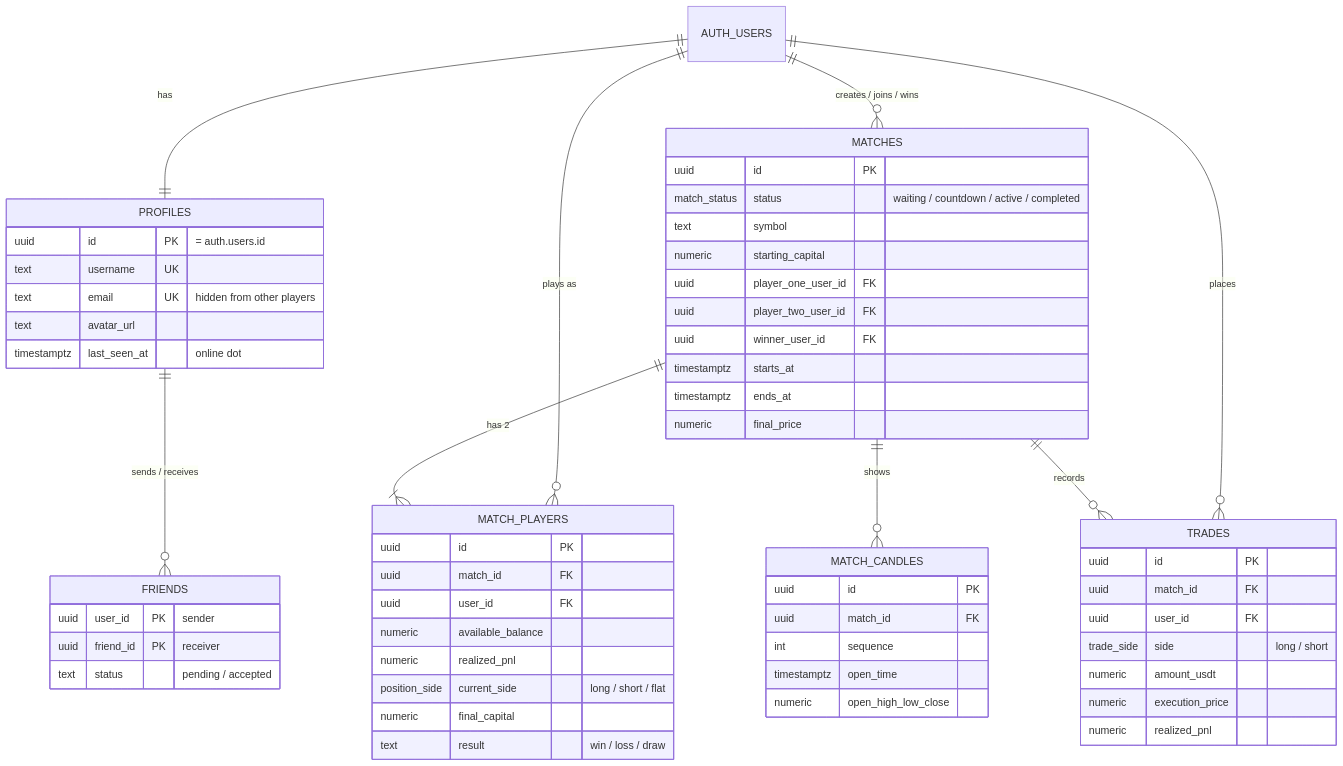
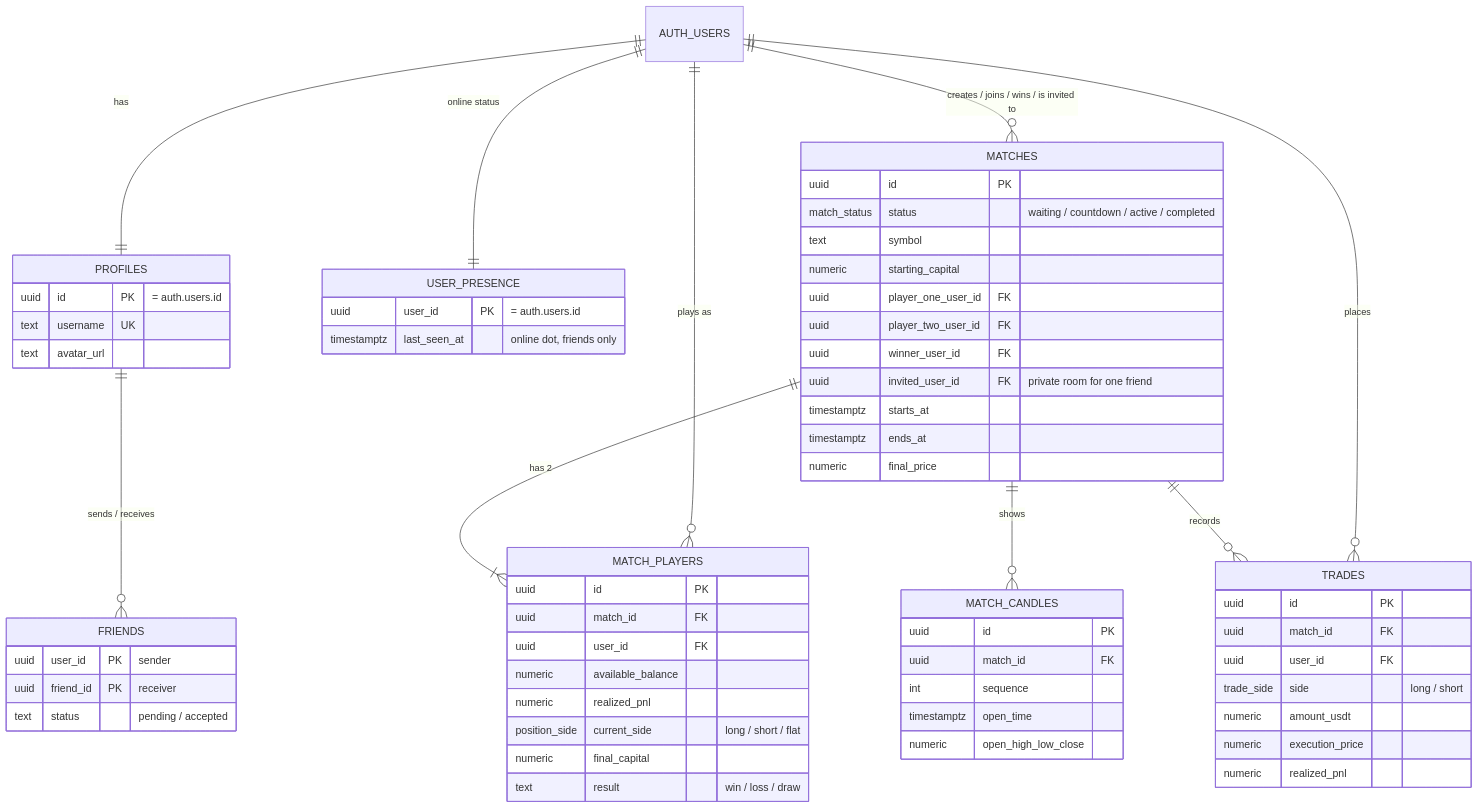
One commit to brianyeap/transcendence changed the diagram in README.md. Above: the diagram before and after it, drawn with Mermaid. The commit also changed other lines of this file and 22 other files, not shown here.

````diff
--- a/README.md
+++ b/README.md
@@ -75,62 +75,66 @@
 ```mermaid
 erDiagram
     AUTH_USERS ||--|| PROFILES : "has"
+    AUTH_USERS ||--|| USER_PRESENCE : "online status"
     PROFILES ||--o{ FRIENDS : "sends / receives"
-    AUTH_USERS ||--o{ MATCHES : "creates / joins / wins"
+    AUTH_USERS ||--o{ MATCHES : "creates / joins / wins / is invited to"
     MATCHES ||--|{ MATCH_PLAYERS : "has 2"
     MATCHES ||--o{ MATCH_CANDLES : "shows"
     MATCHES ||--o{ TRADES : "records"
     AUTH_USERS ||--o{ MATCH_PLAYERS : "plays as"
     AUTH_USERS ||--o{ TRADES : "places"
 
     PROFILES {
         uuid id PK "= auth.users.id"
         text username UK
-        text email UK "hidden from other players"
         text avatar_url
-        timestamptz last_seen_at "online dot"
+    }
+    USER_PRESENCE {
+        uuid user_id PK "= auth.users.id"
+        timestamptz last_seen_at "online dot, friends only"
     }
     FRIENDS {
         uuid user_id PK "sender"
         uuid friend_id PK "receiver"
         text status "pending / accepted"
     }
     MATCHES {
         uuid id PK
         match_status status "waiting / countdown / active / completed"
         text symbol
         numeric starting_capital
         uuid player_one_user_id FK
         uuid player_two_user_id FK
         uuid winner_user_id FK
+        uuid invited_user_id FK "private room for one friend"
         timestamptz starts_at
         timestamptz ends_at
         numeric final_price
     }
     MATCH_PLAYERS {
         uuid id PK
         uuid match_id FK
         uuid user_id FK
         numeric available_balance
         numeric realized_pnl
         position_side current_side "long / short / flat"
         numeric final_capital
         text result "win / loss / draw"
     }
     MATCH_CANDLES {
         uuid id PK
         uuid match_id FK
         int sequence
         timestamptz open_time
         numeric open_high_low_close
     }
     TRADES {
         uuid id PK
         uuid match_id FK
         uuid user_id FK
         trade_side side "long / short"
         numeric amount_usdt
         numeric execution_price
         numeric realized_pnl
     }
 ```
````
